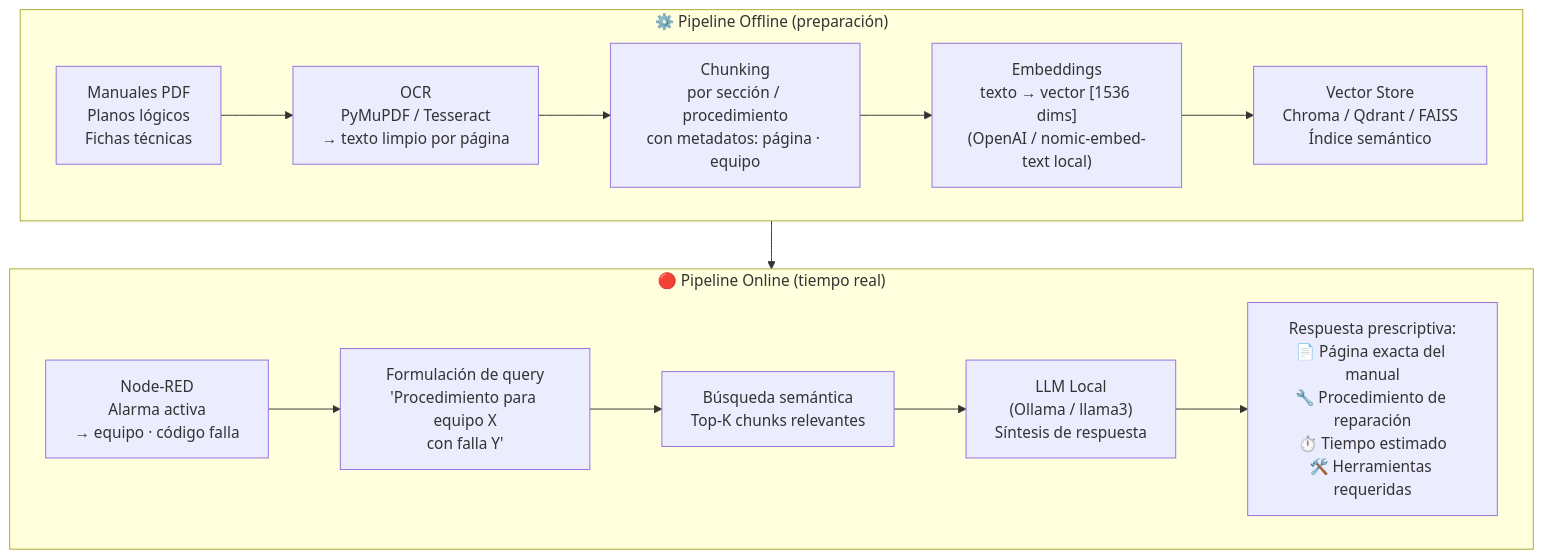
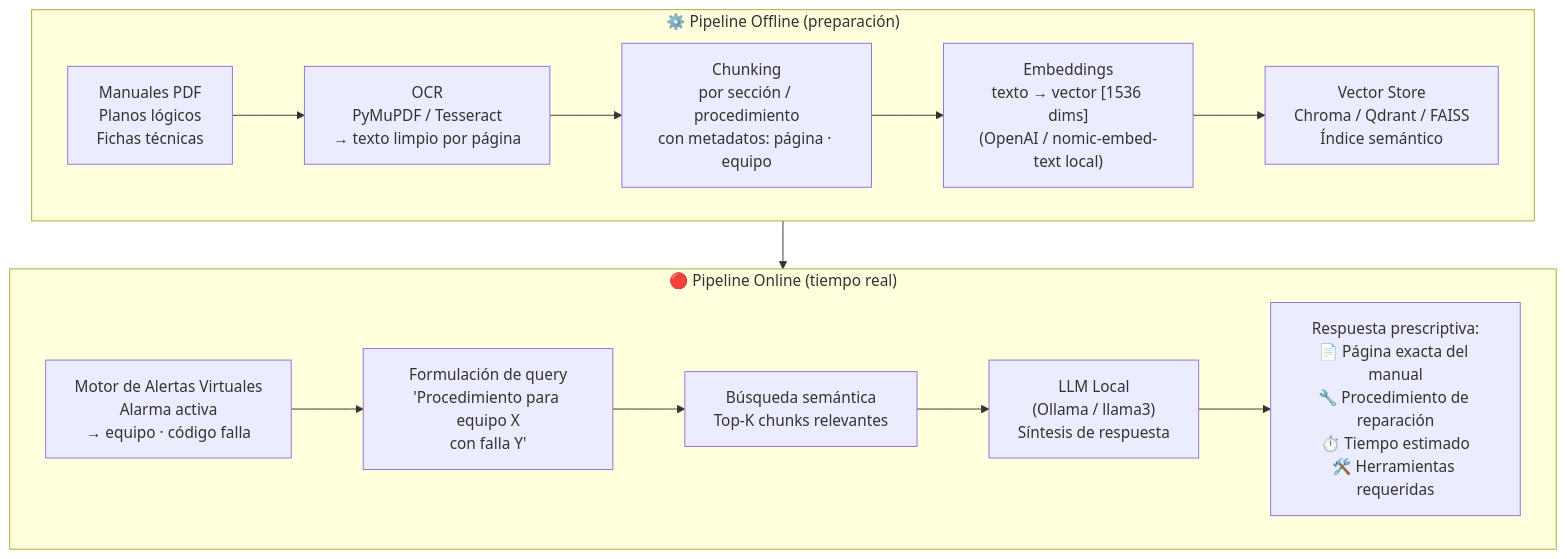
One commit to gabo2505051/MantOS changed the fourth of 7 diagrams in docs/arquitectura_mantos_v2.md. Above: the diagram before and after it, drawn with Mermaid. The commit also changed other lines of this file and 1 other file, not shown here.

Commit message:
docs: eliminar y omitir integracion con Node-RED en arquitectura v2.0 y pdr

````diff
--- a/docs/arquitectura_mantos_v2.md
+++ b/docs/arquitectura_mantos_v2.md
@@ -333,24 +332,24 @@
 ```mermaid
 flowchart TD
     subgraph OFFLINE["⚙️ Pipeline Offline (preparación)"]
         direction LR
         PDF["Manuales PDF\nPlanos lógicos\nFichas técnicas"]
         OCR["OCR\nPyMuPDF / Tesseract\n→ texto limpio por página"]
         CHUNK["Chunking\npor sección / procedimiento\ncon metadatos: página · equipo"]
         EMBED["Embeddings\ntexto → vector [1536 dims]\n(OpenAI / nomic-embed-text local)"]
         STORE["Vector Store\nChroma / Qdrant / FAISS\nÍndice semántico"]
         PDF --> OCR --> CHUNK --> EMBED --> STORE
     end
 
     subgraph ONLINE["🔴 Pipeline Online (tiempo real)"]
         direction LR
-        ALARM["Node-RED\nAlarma activa\n→ equipo · código falla"]
+        ALARM["Motor de Alertas Virtuales\nAlarma activa\n→ equipo · código falla"]
         QUERY["Formulación de query\n'Procedimiento para equipo X\ncon falla Y'"]
         SEARCH["Búsqueda semántica\nTop-K chunks relevantes"]
         LLM["LLM Local\n(Ollama / llama3)\nSíntesis de respuesta"]
         RESP["Respuesta prescriptiva:\n📄 Página exacta del manual\n🔧 Procedimiento de reparación\n⏱️ Tiempo estimado\n🛠️ Herramientas requeridas"]
         ALARM --> QUERY --> SEARCH --> LLM --> RESP
     end
 
     STORE --> SEARCH
 ```
````
